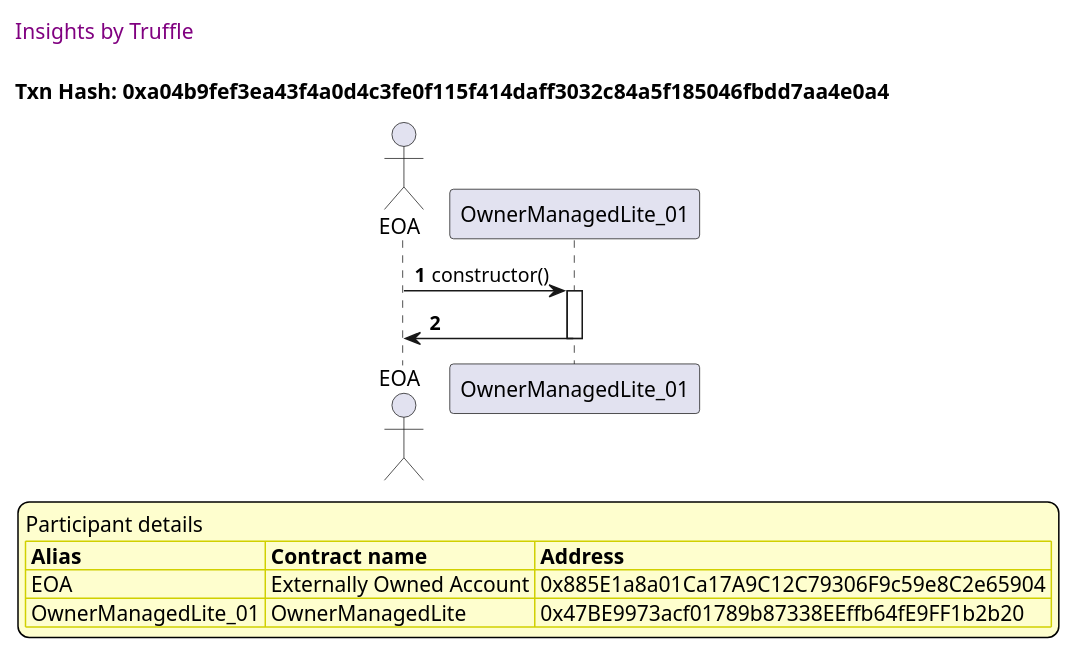
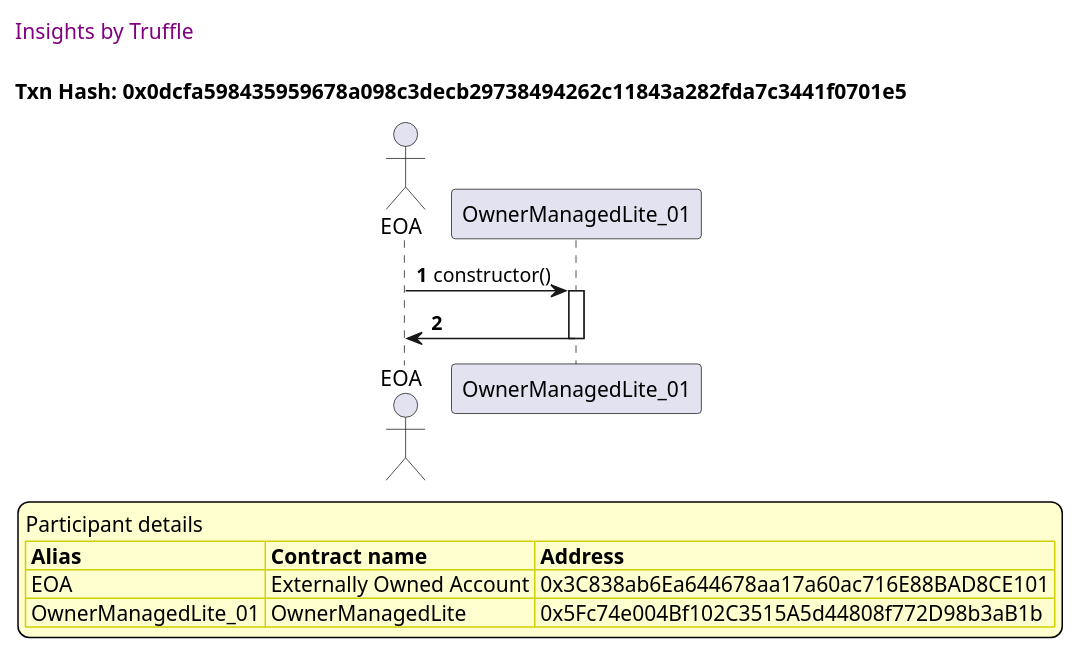
One commit to thedarkjester/ConsensysAssignment changed the tenth of 49 diagrams in truffle-seq/OwnerManagedLite_test_remove_owner.md. Above: the diagram before and after it, drawn with PlantUML. The commit also changed other lines of this file and 13 other files, not shown here.

````diff
--- a/truffle-seq/OwnerManagedLite_test_remove_owner.md
+++ b/truffle-seq/OwnerManagedLite_test_remove_owner.md
@@ -445,37 +445,37 @@
 ```plantuml
 
 
 @startuml
 
 autonumber
 skinparam legendBackgroundColor #FEFECE
 
 <style>
       header {
         HorizontalAlignment left
         FontColor purple
         FontSize 14
         Padding 10
       }
     </style>
 
 header Insights by Truffle
 
-title Txn Hash: 0xa04b9fef3ea43f4a0d4c3fe0f115f414daff3032c84a5f185046fbdd7aa4e0a4
+title Txn Hash: 0x0dcfa598435959678a098c3decb29738494262c11843a282fda7c3441f0701e5
 
 
 actor EOA as "EOA"
 participant OwnerManagedLite_01 as "OwnerManagedLite_01"
 
 "EOA" -> "OwnerManagedLite_01" ++: constructor()
 "OwnerManagedLite_01" -> "EOA" --: 
 
 legend
 Participant details
 <#FEFECE,#D0D000>|= Alias |= Contract name |= Address |
-<#FEFECE>| EOA | Externally Owned Account | 0x885E1a8a01Ca17A9C12C79306F9c59e8C2e65904 |
-<#FEFECE>| OwnerManagedLite_01 | OwnerManagedLite | 0x47BE9973acf01789b87338EEffb64fE9FF1b2b20 |
+<#FEFECE>| EOA | Externally Owned Account | 0x3C838ab6Ea644678aa17a60ac716E88BAD8CE101 |
+<#FEFECE>| OwnerManagedLite_01 | OwnerManagedLite | 0x5Fc74e004Bf102C3515A5d44808f772D98b3aB1b |
 endlegend
 
 @enduml
 ```
````
